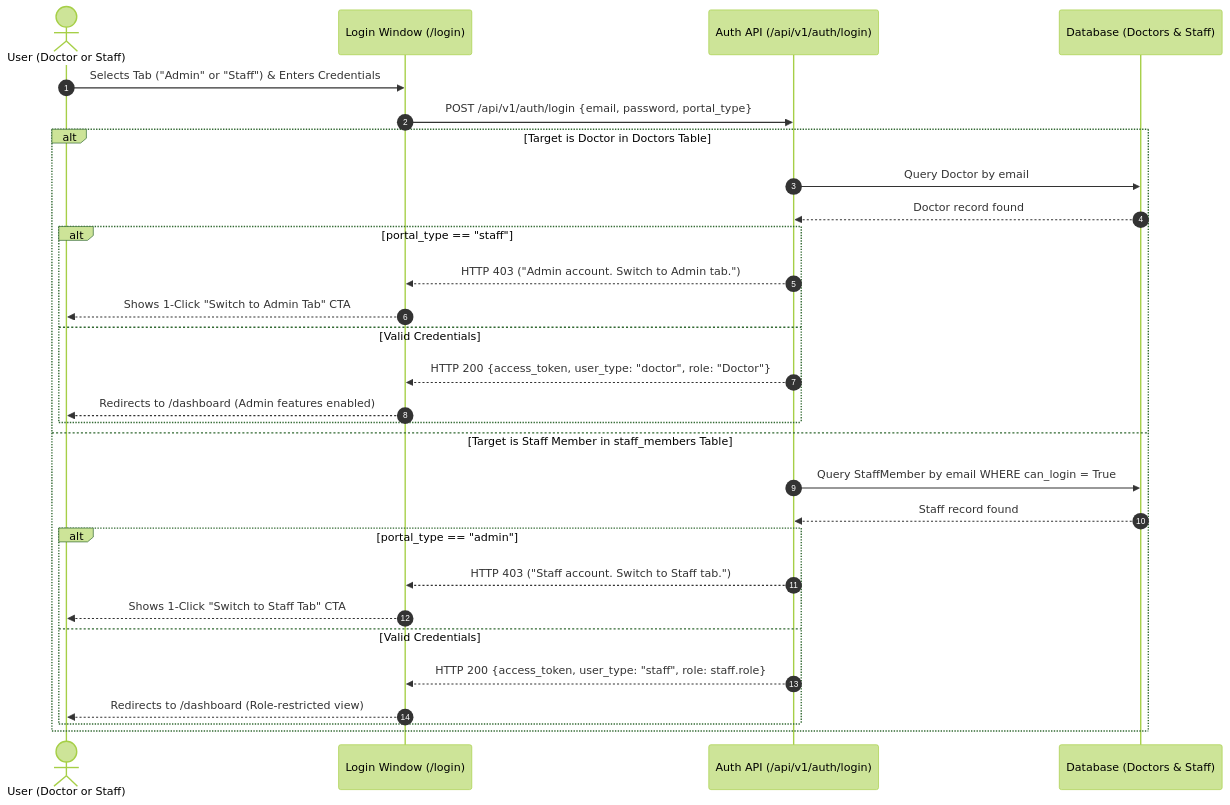
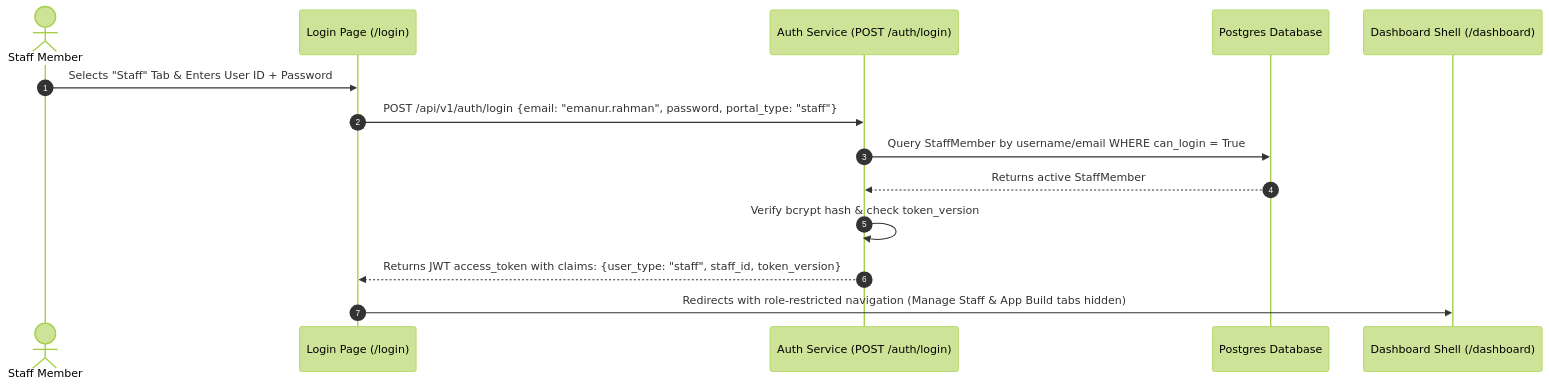
The diagram in docs/STAFF_MANAGEMENT_ARCHITECTURE.md (A-fun-786/doctors-platform), drawn with Mermaid (forest theme) before and after one commit. The commit also changed other lines of this file and 19 other files, not shown here.

First line of the commit message:
feat(staff-management): productionize staff user ID auth, session lifecycle, and executive UI

````diff
--- a/docs/STAFF_MANAGEMENT_ARCHITECTURE.md
+++ b/docs/STAFF_MANAGEMENT_ARCHITECTURE.md
@@ -89,33 +39,17 @@
 ```mermaid
 sequenceDiagram
     autonumber
-    actor User as User (Doctor or Staff)
-    participant UI as Login Window (/login)
-    participant API as Auth API (/api/v1/auth/login)
-    participant DB as Database (Doctors & Staff)
+    actor Staff as Staff Member
+    participant UI as Login Page (/login)
+    participant AuthAPI as Auth Service (POST /auth/login)
+    participant DB as Postgres Database
+    participant Dashboard as Dashboard Shell (/dashboard)
 
-    User->>UI: Selects Tab ("Admin" or "Staff") & Enters Credentials
-    UI->>API: POST /api/v1/auth/login {email, password, portal_type}
-    
-    alt Target is Doctor in Doctors Table
-        API->>DB: Query Doctor by email
-        DB-->>API: Doctor record found
-        alt portal_type == "staff"
-            API-->>UI: HTTP 403 ("Admin account. Switch to Admin tab.")
-            UI-->>User: Shows 1-Click "Switch to Admin Tab" CTA
-        else Valid Credentials
-            API-->>UI: HTTP 200 {access_token, user_type: "doctor", role: "Doctor"}
-            UI-->>User: Redirects to /dashboard (Admin features enabled)
-        end
-    else Target is Staff Member in staff_members Table
-        API->>DB: Query StaffMember by email WHERE can_login = True
-        DB-->>API: Staff record found
-        alt portal_type == "admin"
-            API-->>UI: HTTP 403 ("Staff account. Switch to Staff tab.")
-            UI-->>User: Shows 1-Click "Switch to Staff Tab" CTA
-        else Valid Credentials
-            API-->>UI: HTTP 200 {access_token, user_type: "staff", role: staff.role}
-            UI-->>User: Redirects to /dashboard (Role-restricted view)
-        end
-    end
+    Staff->>UI: Selects "Staff" Tab & Enters User ID + Password
+    UI->>AuthAPI: POST /api/v1/auth/login {email: "emanur.rahman", password, portal_type: "staff"}
+    AuthAPI->>DB: Query StaffMember by username/email WHERE can_login = True
+    DB-->>AuthAPI: Returns active StaffMember
+    AuthAPI->>AuthAPI: Verify bcrypt hash & check token_version
+    AuthAPI-->>UI: Returns JWT access_token with claims: {user_type: "staff", staff_id, token_version}
+    UI->>Dashboard: Redirects with role-restricted navigation (Manage Staff & App Build tabs hidden)
 ```
````
